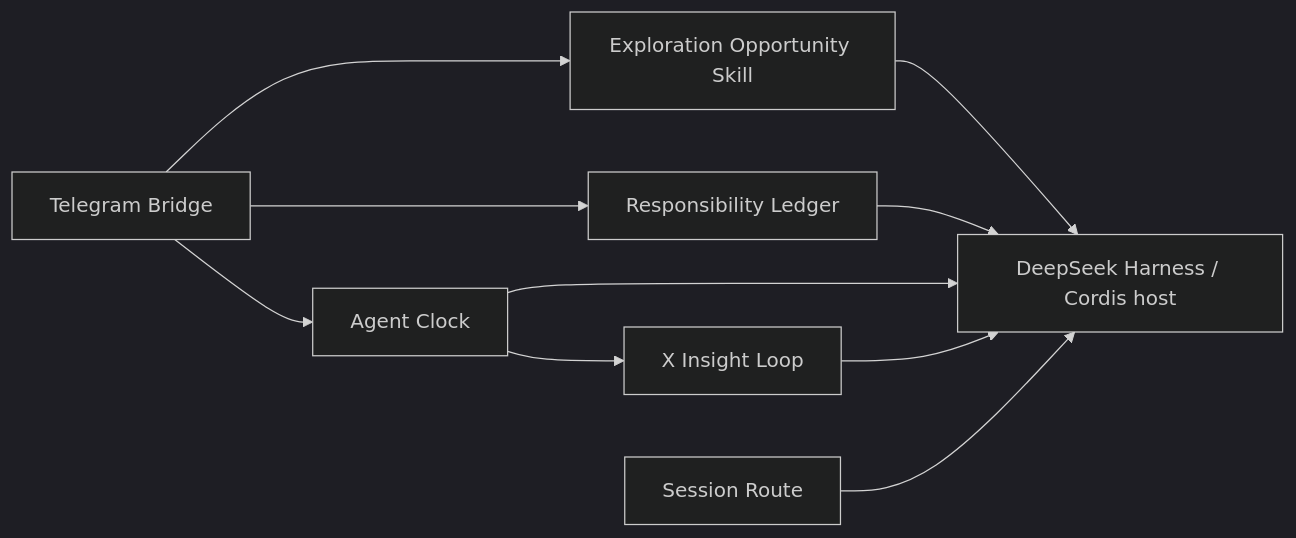
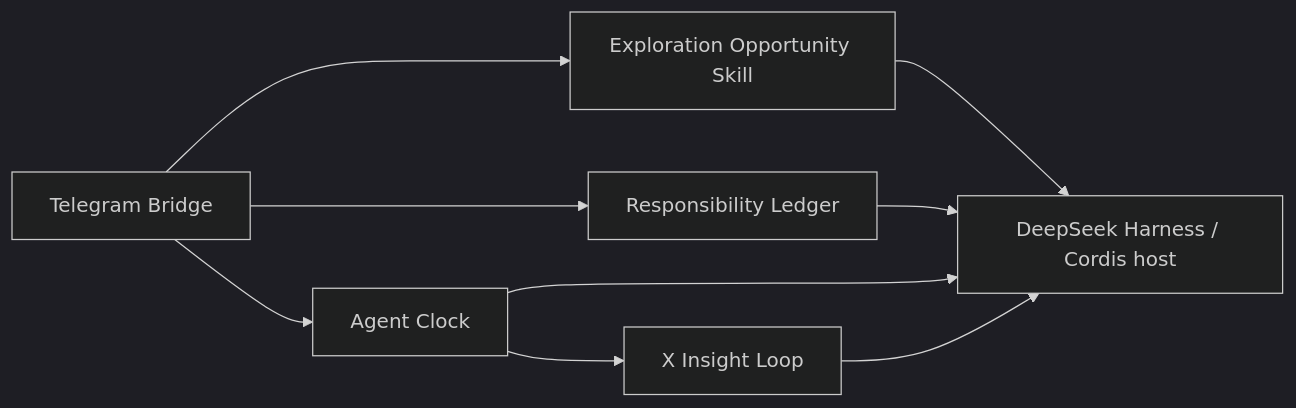
One commit to HYBB-rash/dsh-plugins changed the diagram in README.en.md. Above: the diagram before and after it, drawn with Mermaid (dark theme). The commit also changed other lines of this file and 73 other files, not shown here.

````diff
--- a/README.en.md
+++ b/README.en.md
@@ -22,12 +21,11 @@
 ```mermaid
 flowchart LR
   TG[Telegram Bridge] --> A[Responsibility Ledger]
   TG --> C[Agent Clock]
   C --> X[X Insight Loop]
   TG --> E[Exploration Opportunity Skill]
   E --> DSH
   A --> DSH[DeepSeek Harness / Cordis host]
   C --> DSH
   X --> DSH
-  R[Session Route] --> DSH
 ```
````
